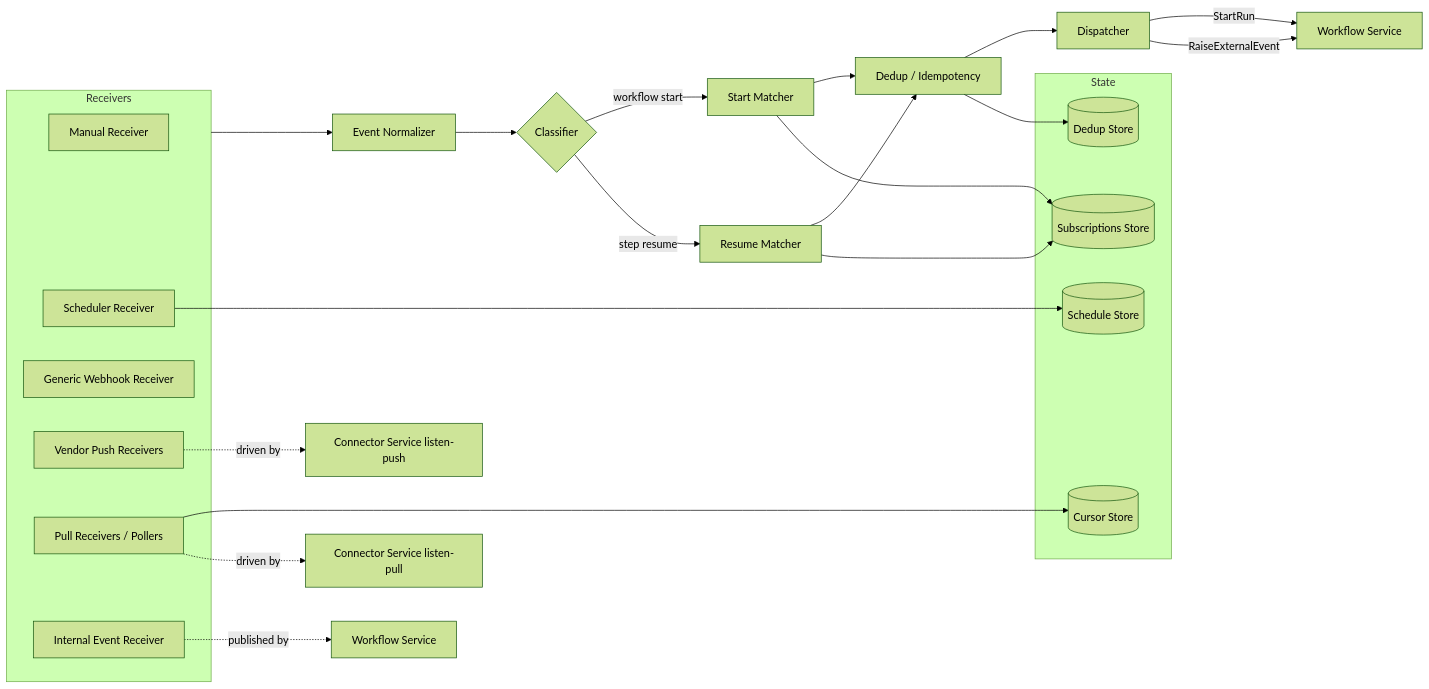
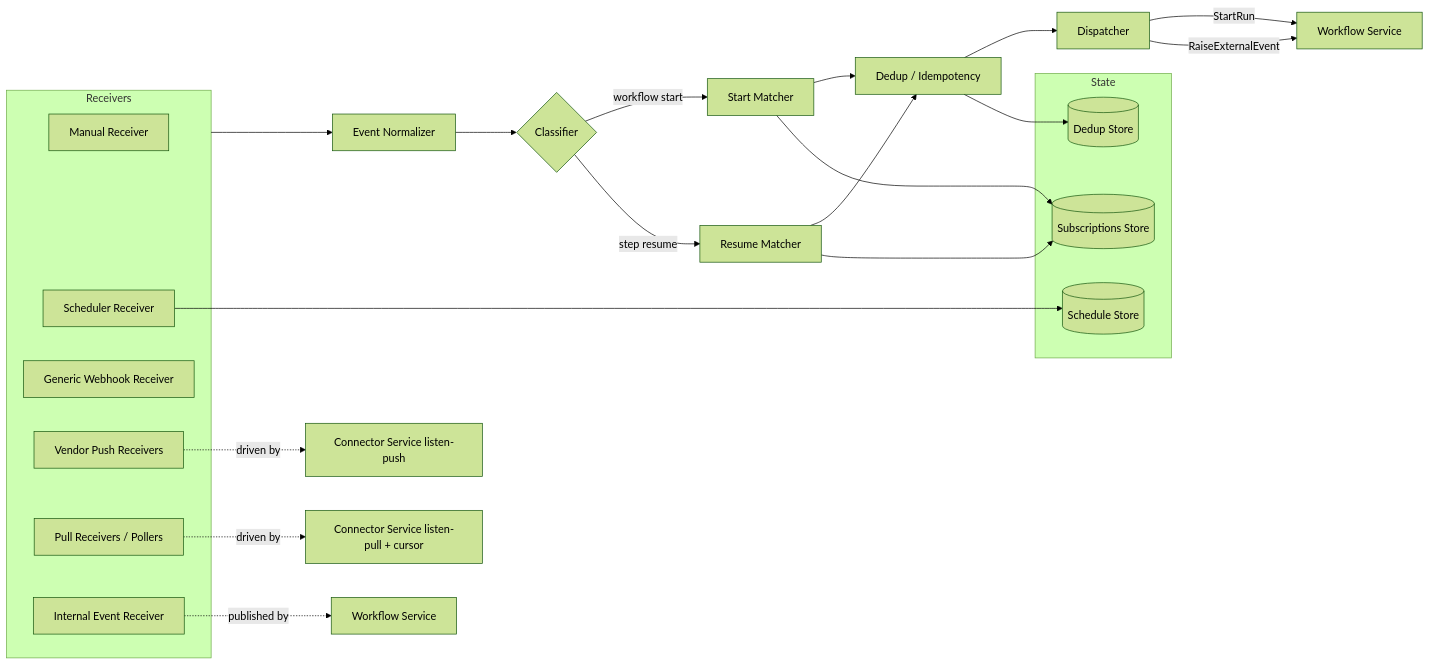
Before and after one commit to toddysm/custos: the first of 6 diagrams in design/components/trigger-service/design.md, drawn with Mermaid (forest theme). The commit also changed other lines of this file and 8 other files, not shown here.

````diff
--- a/design/components/trigger-service/design.md
+++ b/design/components/trigger-service/design.md
@@ -30,37 +32,35 @@
 ```mermaid
 graph LR
     subgraph Receivers
         Manual[Manual Receiver]
         Sched[Scheduler Receiver]
         WebPush[Generic Webhook Receiver]
         VendorPush[Vendor Push Receivers]
         Pollers[Pull Receivers / Pollers]
         Internal[Internal Event Receiver]
     end
 
     Receivers --> Norm[Event Normalizer]
     Norm --> Classify{Classifier}
     Classify -->|workflow start| MatchStart[Start Matcher]
     Classify -->|step resume| MatchResume[Resume Matcher]
     MatchStart --> Dedup[Dedup / Idempotency]
     MatchResume --> Dedup
     Dedup --> Dispatch[Dispatcher]
     Dispatch -->|StartRun| WF[Workflow Service]
     Dispatch -->|RaiseExternalEvent| WF
 
     subgraph State
         Subs[(Subscriptions Store)]
-        Cursors[(Cursor Store)]
         DedupStore[(Dedup Store)]
         Sched2[(Schedule Store)]
     end
     MatchStart --> Subs
     MatchResume --> Subs
-    Pollers --> Cursors
     Sched --> Sched2
     Dedup --> DedupStore
 
     VendorPush -.driven by.-> ConnSvc[Connector Service listen-push]
-    Pollers -.driven by.-> ConnSvc2[Connector Service listen-pull]
+    Pollers -.driven by.-> ConnSvc2[Connector Service listen-pull + cursor]
     Internal -.published by.-> WF2[Workflow Service]
 ```
````
